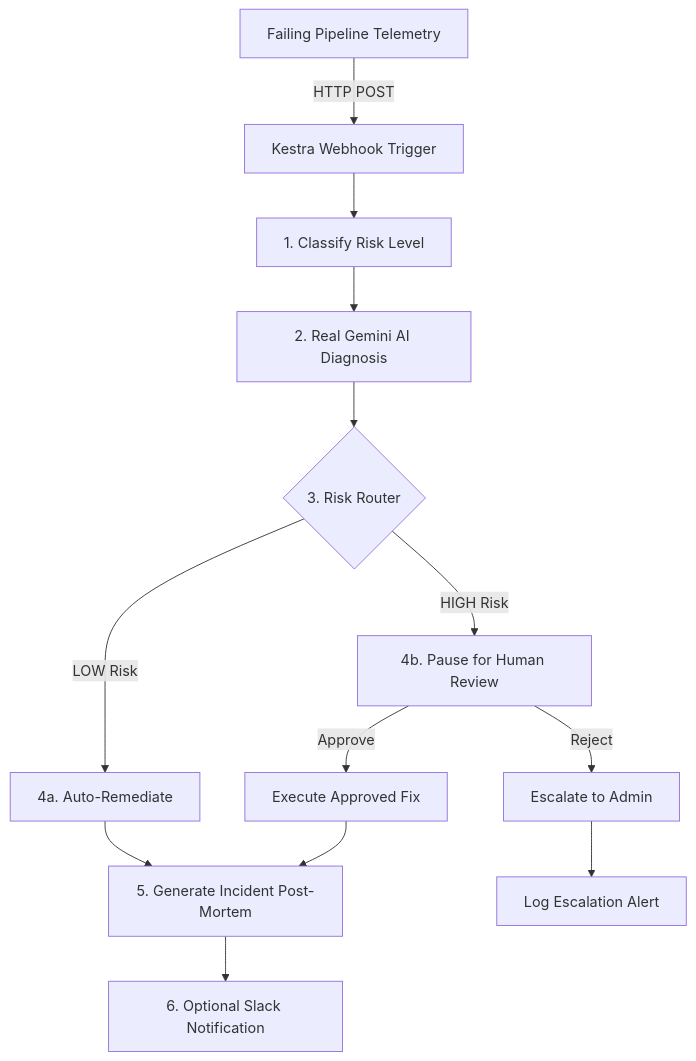
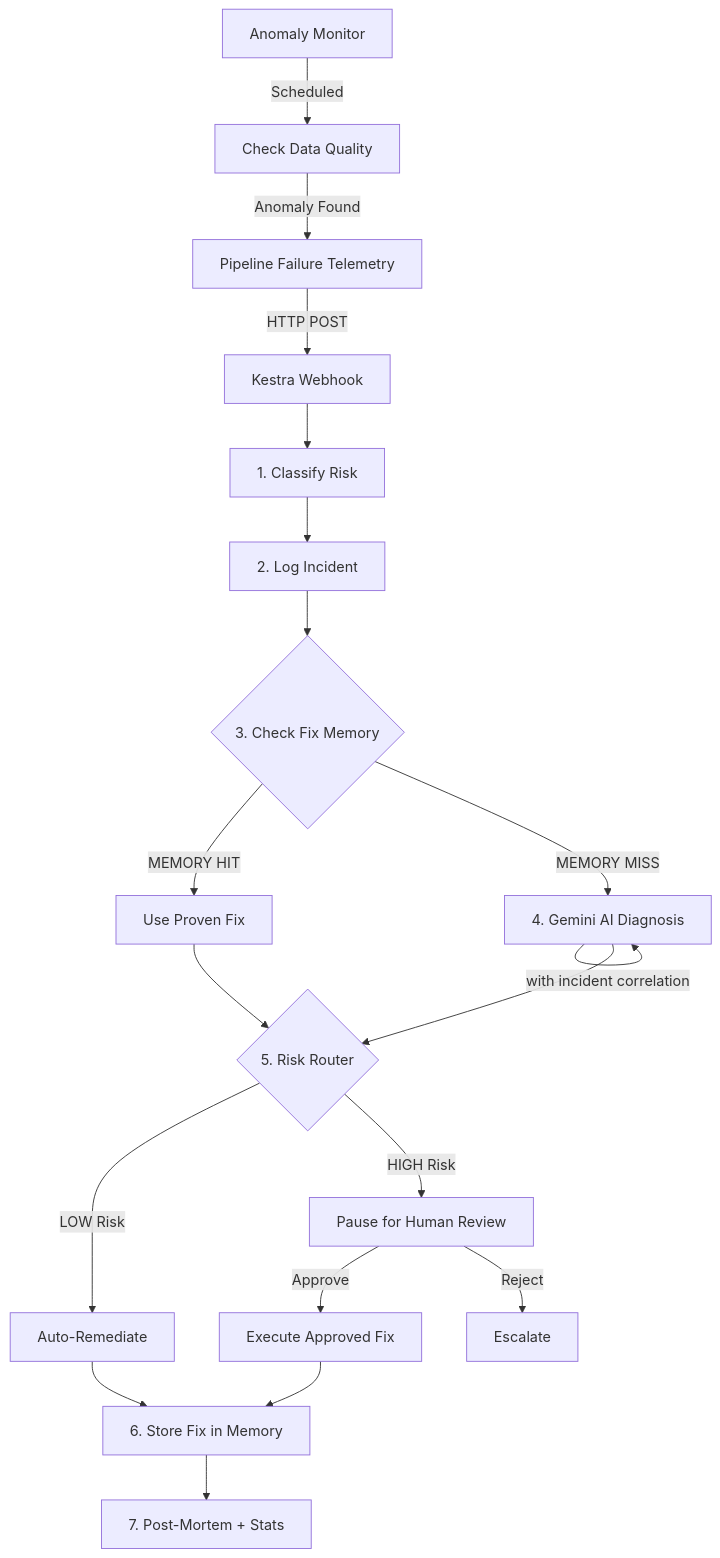
One commit to deemanth05/KESTRA-AEGIS changed the diagram in README.md. Above: the diagram before and after it, drawn with Mermaid. The commit also changed other lines of this file and 5 other files, not shown here.

Commit message:
feat: Add Fix Memory, Incident Correlation, and Anomaly Detection

````diff
--- a/README.md
+++ b/README.md
@@ -35,19 +28,29 @@
 ```mermaid
 graph TD
-    A[Failing Pipeline Telemetry] -->|HTTP POST| B[Kestra Webhook Trigger]
-    B --> C[1. Classify Risk Level]
-    C --> D[2. Real Gemini AI Diagnosis]
-    D --> E{3. Risk Router}
+    A[Pipeline Failure Telemetry] -->|HTTP POST| B[Kestra Webhook]
+    B --> C[1. Classify Risk]
+    C --> D[2. Log Incident]
+    D --> E{3. Check Fix Memory}
     
-    E -->|LOW Risk| F[4a. Auto-Remediate]
-    E -->|HIGH Risk| G[4b. Pause for Human Review]
+    E -->|MEMORY HIT| F[Use Proven Fix]
+    E -->|MEMORY MISS| G[4. Gemini AI Diagnosis]
     
-    G -->|Approve| H[Execute Approved Fix]
-    G -->|Reject| I[Escalate to Admin]
+    G -->|with incident correlation| G
     
-    F --> J[5. Generate Incident Post-Mortem]
-    H --> J
-    I --> K[Log Escalation Alert]
+    F --> H{5. Risk Router}
+    G --> H
     
-    J --> L[6. Optional Slack Notification]
+    H -->|LOW Risk| I[Auto-Remediate]
+    H -->|HIGH Risk| J[Pause for Human Review]
+    
+    J -->|Approve| K[Execute Approved Fix]
+    J -->|Reject| L[Escalate]
+    
+    I --> M[6. Store Fix in Memory]
+    K --> M
+    
+    M --> N[7. Post-Mortem + Stats]
+    
+    O[Anomaly Monitor] -->|Scheduled| P[Check Data Quality]
+    P -->|Anomaly Found| A
 ```
````
